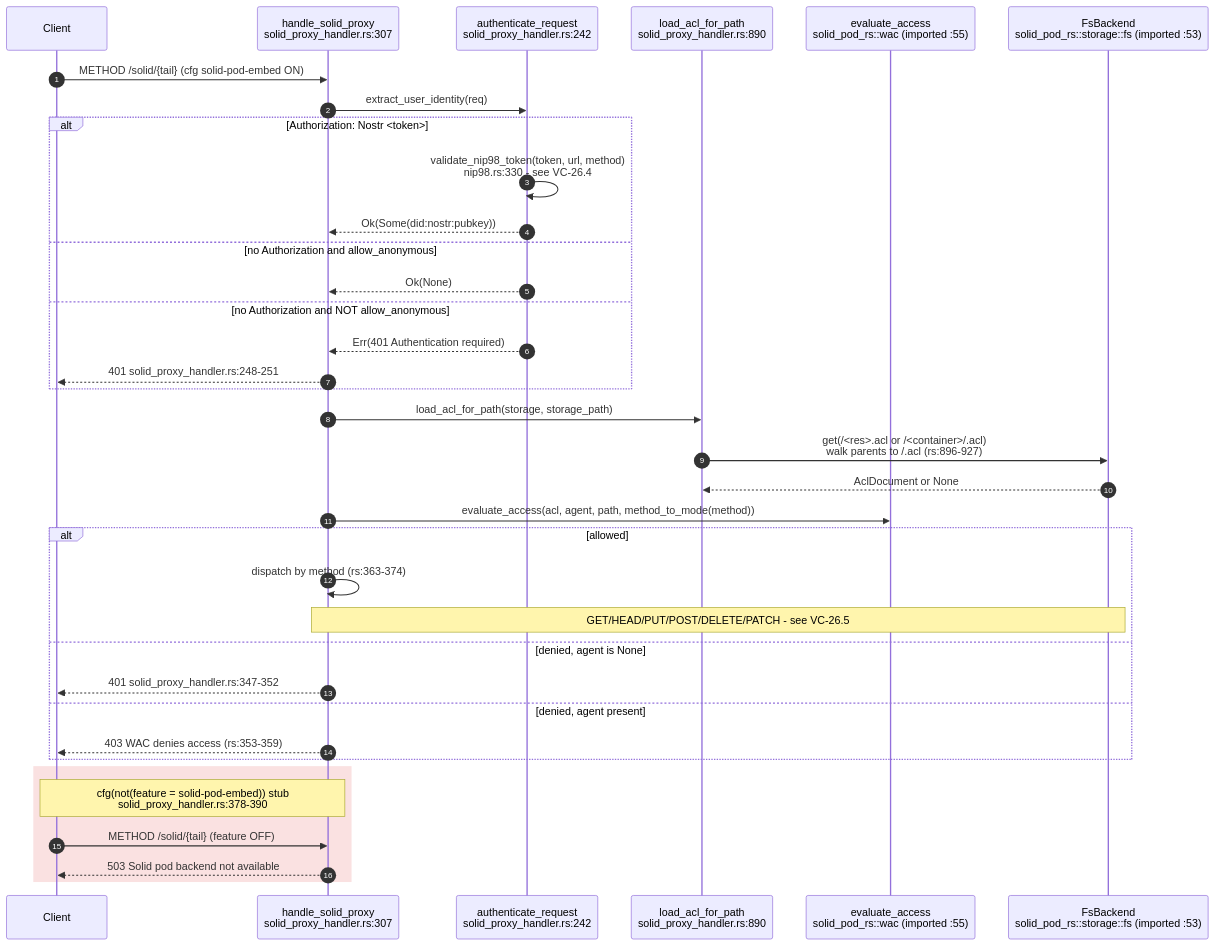
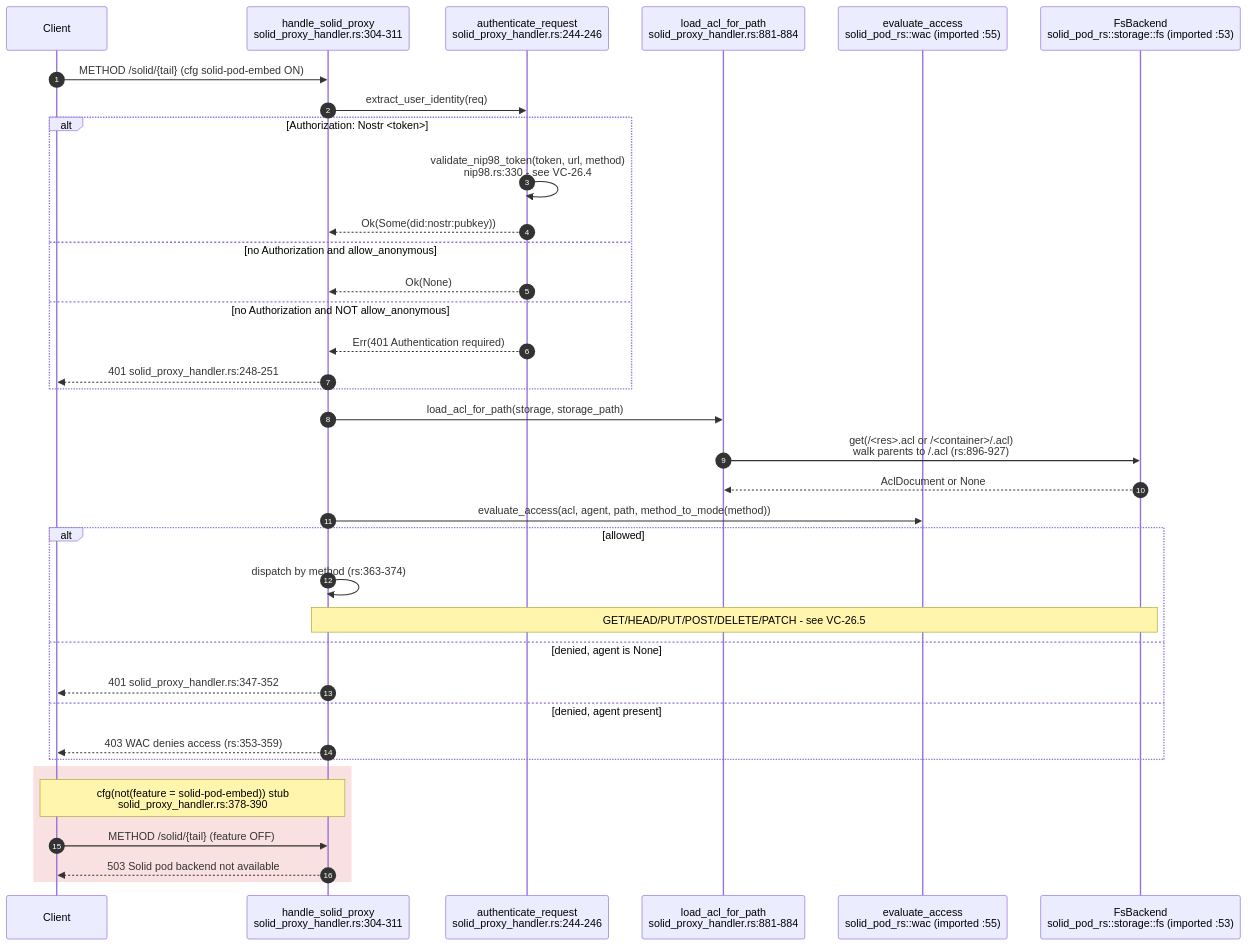
One commit to DreamLab-AI/AR-AI-Knowledge-Graph changed the second of 12 diagrams in docs/diagrams/visionclaw/26-solid-pod-and-jss.md. Above: the diagram before and after it, drawn with Mermaid. The commit also changed other lines of this file and 36 other files, not shown here.

````diff
--- a/docs/diagrams/visionclaw/26-solid-pod-and-jss.md
+++ b/docs/diagrams/visionclaw/26-solid-pod-and-jss.md
@@ -76,40 +76,40 @@
 ```mermaid
 sequenceDiagram
     autonumber
     participant C as Client
-    participant H as handle_solid_proxy<br/>solid_proxy_handler.rs:307
-    participant AUTH as authenticate_request<br/>solid_proxy_handler.rs:242
-    participant ACL as load_acl_for_path<br/>solid_proxy_handler.rs:890
+    participant H as handle_solid_proxy<br/>solid_proxy_handler.rs:304-311
+    participant AUTH as authenticate_request<br/>solid_proxy_handler.rs:244-246
+    participant ACL as load_acl_for_path<br/>solid_proxy_handler.rs:881-884
     participant WAC as evaluate_access<br/>solid_pod_rs::wac (imported :55)
     participant FS as FsBackend<br/>solid_pod_rs::storage::fs (imported :53)
 
     C->>H: METHOD /solid/{tail} (cfg solid-pod-embed ON)
     H->>AUTH: extract_user_identity(req)
     alt Authorization: Nostr <token>
         AUTH->>AUTH: validate_nip98_token(token, url, method)<br/>nip98.rs:330 - see VC-26.4
         AUTH-->>H: Ok(Some(did:nostr:pubkey))
     else no Authorization and allow_anonymous
         AUTH-->>H: Ok(None)
     else no Authorization and NOT allow_anonymous
         AUTH-->>H: Err(401 Authentication required)
         H-->>C: 401 solid_proxy_handler.rs:248-251
     end
     H->>ACL: load_acl_for_path(storage, storage_path)
     ACL->>FS: get(/<res>.acl or /<container>/.acl)<br/>walk parents to /.acl (rs:896-927)
     FS-->>ACL: AclDocument or None
     H->>WAC: evaluate_access(acl, agent, path, method_to_mode(method))
     alt allowed
         H->>H: dispatch by method (rs:363-374)
         Note over H,FS: GET/HEAD/PUT/POST/DELETE/PATCH - see VC-26.5
     else denied, agent is None
         H-->>C: 401 solid_proxy_handler.rs:347-352
     else denied, agent present
         H-->>C: 403 WAC denies access (rs:353-359)
     end
 
     rect rgb(250,225,225)
     Note over C,H: cfg(not(feature = solid-pod-embed)) stub<br/>solid_proxy_handler.rs:378-390
     C->>H: METHOD /solid/{tail} (feature OFF)
     H-->>C: 503 Solid pod backend not available
     end
 ```
````
